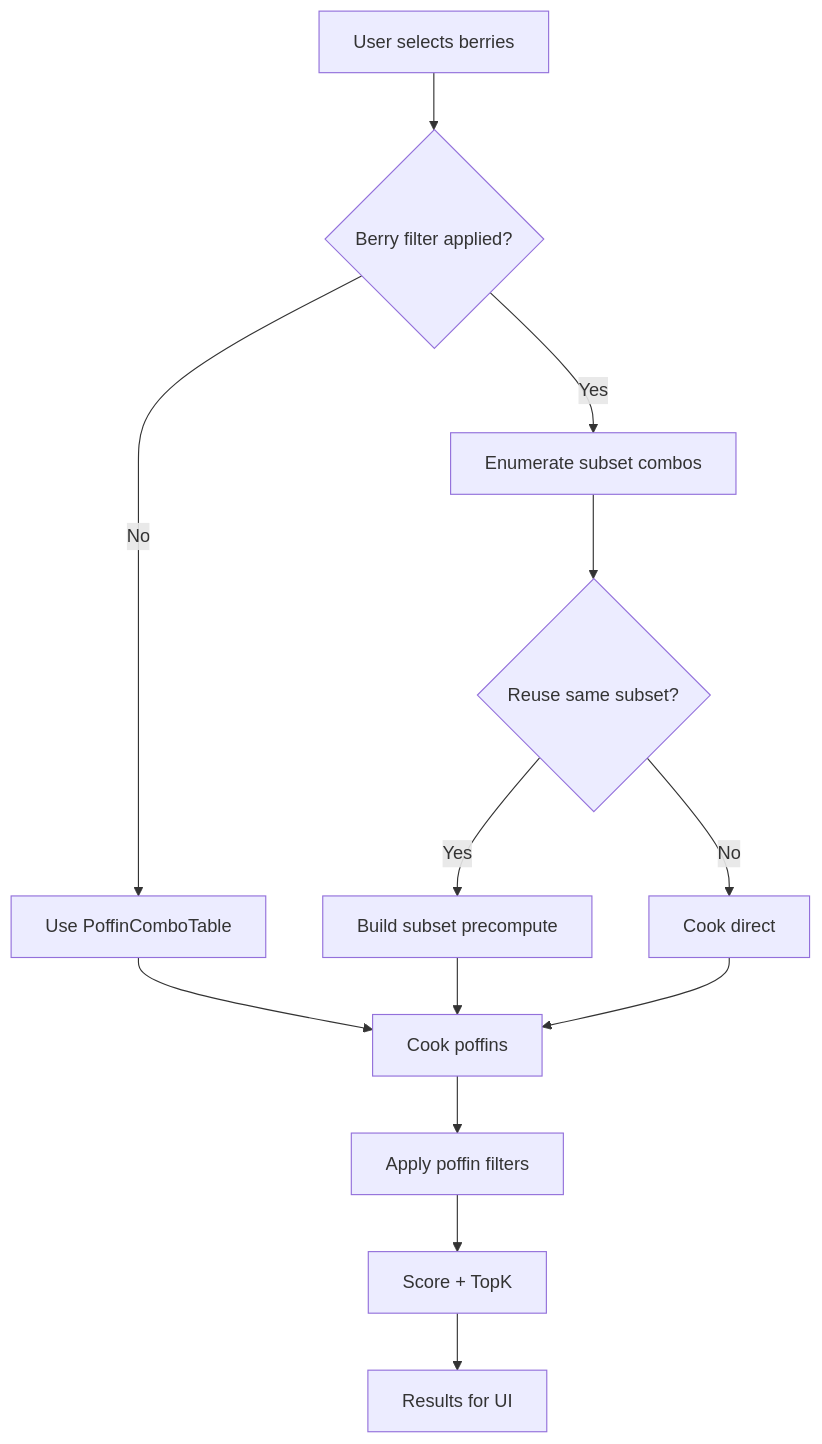
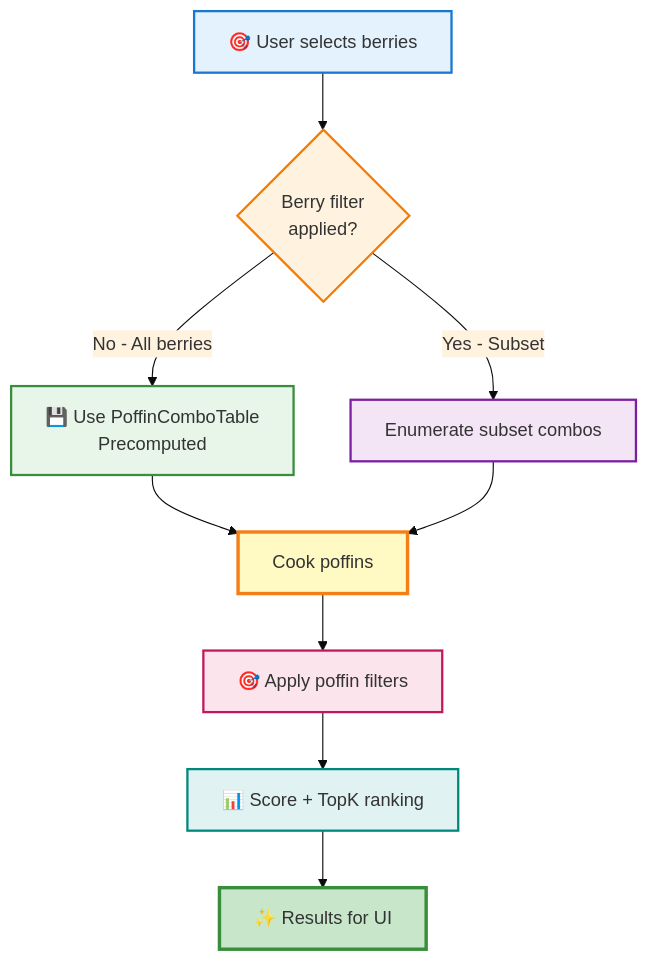
The second of 3 diagrams in docs/Berries.Diagrams.md (GlassToeStudio/BDSP), drawn with Mermaid before and after one commit. The commit also changed other lines of this file and 6 other files, not shown here.

Commit message:
Add threshold for auto-logic for types of poffins searches, precompute, parallel, etc.

````diff
--- a/docs/Berries.Diagrams.md
+++ b/docs/Berries.Diagrams.md
@@ -238,15 +290,24 @@
 ```mermaid
+%%{init: {'theme':'base', 'themeVariables': { 'primaryColor':'#e8f5e9','secondaryColor':'#fff3e0','tertiaryColor':'#e1f5fe'}}}%%
+
 flowchart TD
-    A[User selects berries] --> B{Berry filter applied?}
-    B -- No --> C[Use PoffinComboTable]
-    B -- Yes --> D[Enumerate subset combos]
-    D --> D2{Reuse same subset?}
-    D2 -- Yes --> D3[Build subset precompute]
-    D2 -- No --> D4[Cook direct]
+    A[🎯 User selects berries] --> B{Berry filter<br/>applied?}
+    B -->|No - All berries| C[💾 Use PoffinComboTable<br/>Precomputed]
+    B -->|Yes - Subset| D[Enumerate subset combos]
+    
     C --> E[Cook poffins]
-    D3 --> E[Cook poffins]
-    D4 --> E[Cook poffins]
-    E --> F[Apply poffin filters]
-    F --> G[Score + TopK]
-    G --> H[Results for UI]
+    D --> E
+    
+    E --> F[🎯 Apply poffin filters]
+    F --> G[📊 Score + TopK ranking]
+    G --> H[✨ Results for UI]
+    
+    style A fill:#e3f2fd,stroke:#1976d2,stroke-width:2px
+    style B fill:#fff3e0,stroke:#f57c00,stroke-width:2px
+    style C fill:#e8f5e9,stroke:#388e3c,stroke-width:2px
+    style D fill:#f3e5f5,stroke:#7b1fa2,stroke-width:2px
+    style E fill:#fff9c4,stroke:#f57f17,stroke-width:3px
+    style F fill:#fce4ec,stroke:#c2185b,stroke-width:2px
+    style G fill:#e0f2f1,stroke:#00897b,stroke-width:2px
+    style H fill:#c8e6c9,stroke:#388e3c,stroke-width:3px
 ```
````
